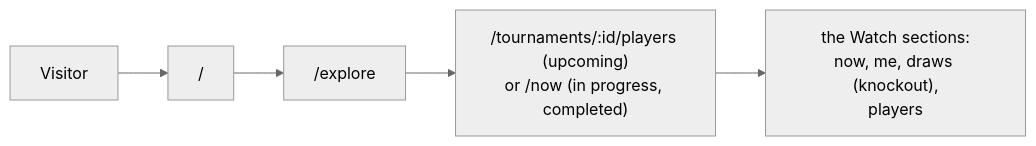
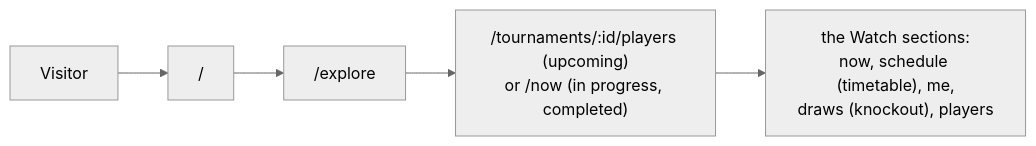
Before and after one commit to nhphuong2504/shuttle-scheduler: the first of 2 diagrams in docs/information-architecture.md, drawn with Mermaid (neutral theme). The commit also changed other lines of this file and 9 other files, not shown here.

````diff
--- a/docs/information-architecture.md
+++ b/docs/information-architecture.md
@@ -186,7 +187,7 @@
 ```mermaid
 flowchart LR
   visitor["Visitor"] --> landing["/" ]
   landing --> explore["/explore"]
   explore --> card["/tournaments/:id/players (upcoming)<br/>or /now (in progress, completed)"]
-  card --> sections["the Watch sections:<br/>now, me, draws (knockout),<br/>players"]
+  card --> sections["the Watch sections:<br/>now, schedule (timetable), me,<br/>draws (knockout), players"]
 ```
````
